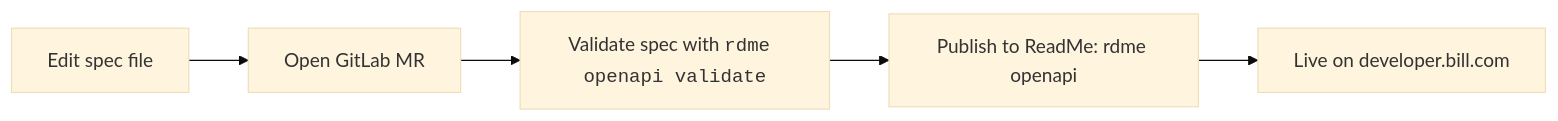
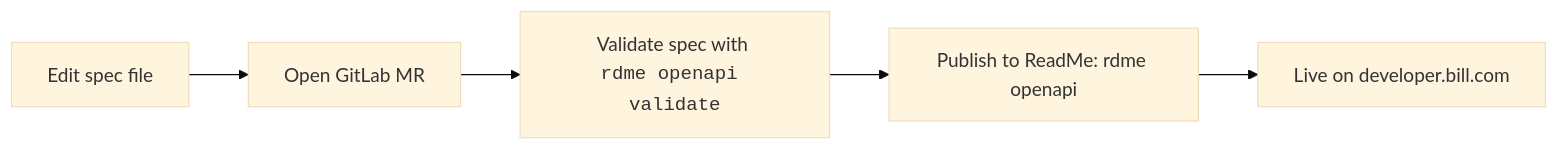
One commit to 127chetan/127chetan.github.io changed the diagram in src/content/docs/case-studies/bill/openapi-spec.mdx. Above: the diagram before and after it, drawn with Mermaid (base theme).

````diff
--- a/src/content/docs/case-studies/bill/openapi-spec.mdx
+++ b/src/content/docs/case-studies/bill/openapi-spec.mdx
@@ -67,7 +67,7 @@
 ```mermaid
 flowchart LR
     A[Edit spec file] --> B[Open GitLab MR]
-    B --> C[Validate spec with <code>rdme openapi validate</code>]
+    B --> C[Validate spec with <br><code>rdme openapi validate</code>]
     C --> D[Publish to ReadMe: rdme openapi]
     D --> E[Live on developer.bill.com]
 ```
````
